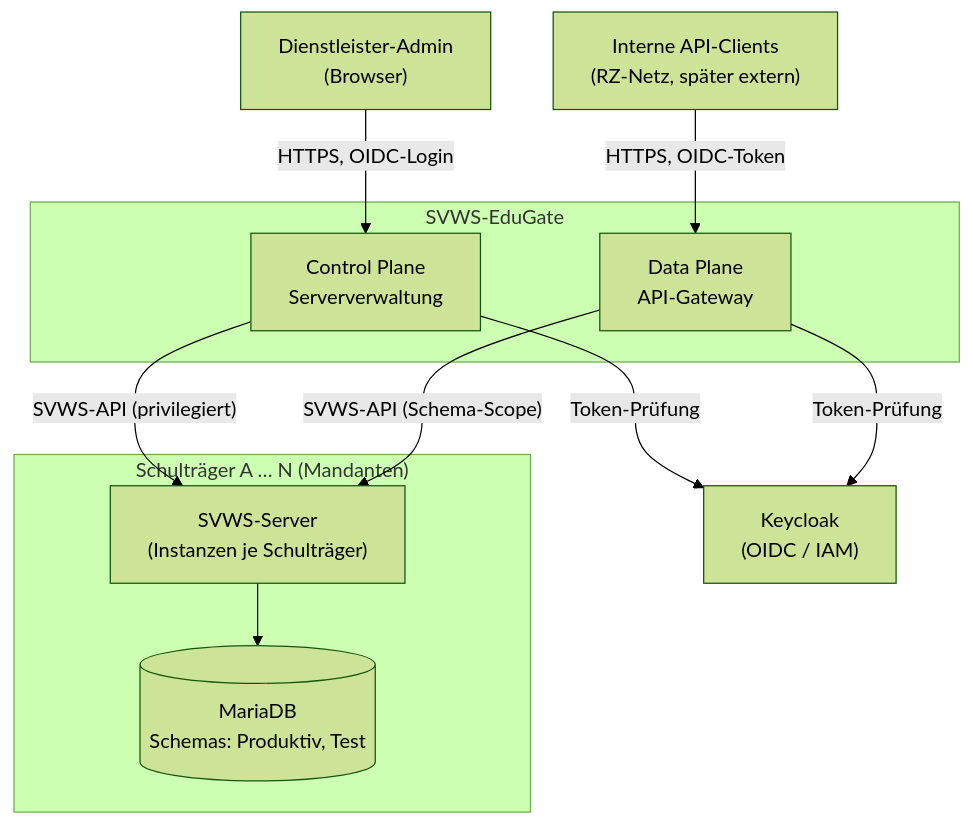
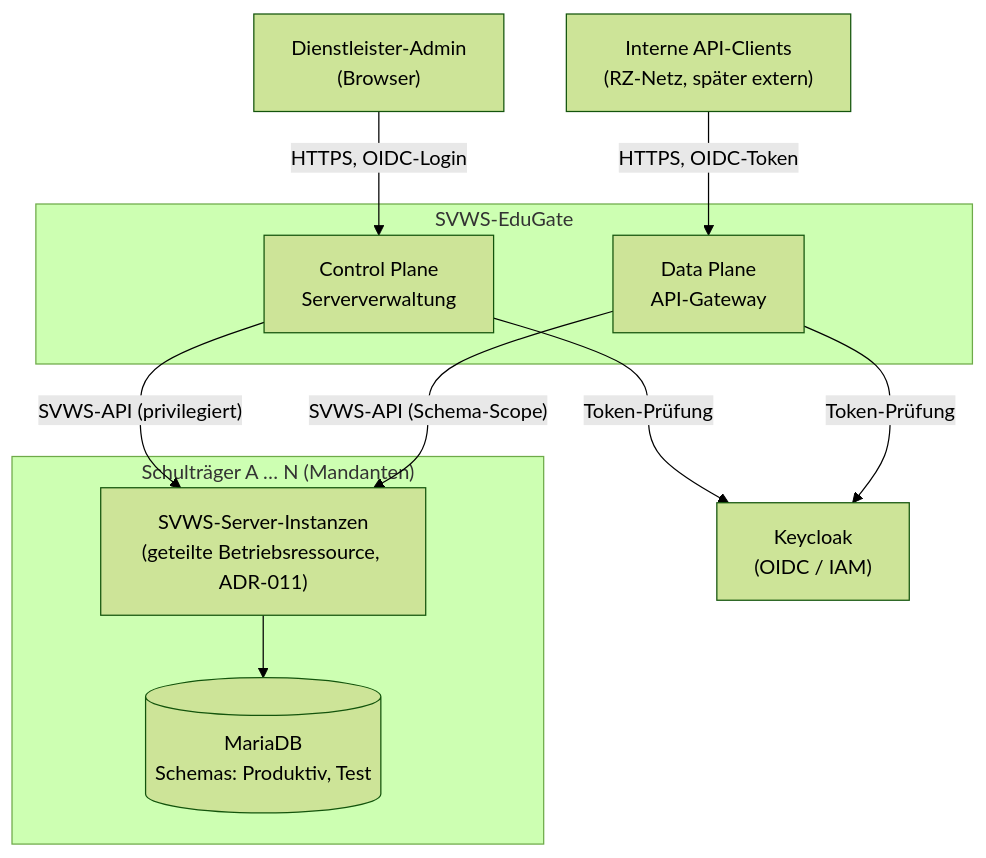
The first of 6 diagrams in architecture/ARCHITECTURE.md (FPfotenhauer/SVWS-EduGate), drawn with Mermaid (forest theme) before and after one commit. The commit also changed other lines of this file and 29 other files, not shown here.

````diff
--- a/architecture/ARCHITECTURE.md
+++ b/architecture/ARCHITECTURE.md
@@ -67,25 +67,25 @@
 ```mermaid
 flowchart TB
     admin["Dienstleister-Admin<br/>(Browser)"]
     client["Interne API-Clients<br/>(RZ-Netz, später extern)"]
 
     subgraph edugate["SVWS-EduGate"]
         cp["Control Plane<br/>Serververwaltung"]
         gw["Data Plane<br/>API-Gateway"]
     end
 
     kc["Keycloak<br/>(OIDC / IAM)"]
 
     subgraph traeger["Schulträger A … N (Mandanten)"]
-        svws["SVWS-Server<br/>(Instanzen je Schulträger)"]
+        svws["SVWS-Server-Instanzen<br/>(geteilte Betriebsressource, ADR-011)"]
         db[("MariaDB<br/>Schemas: Produktiv, Test")]
     end
 
     admin -->|"HTTPS, OIDC-Login"| cp
     client -->|"HTTPS, OIDC-Token"| gw
     cp -->|"Token-Prüfung"| kc
     gw -->|"Token-Prüfung"| kc
     cp -->|"SVWS-API (privilegiert)"| svws
     gw -->|"SVWS-API (Schema-Scope)"| svws
     svws --> db
 ```
````
